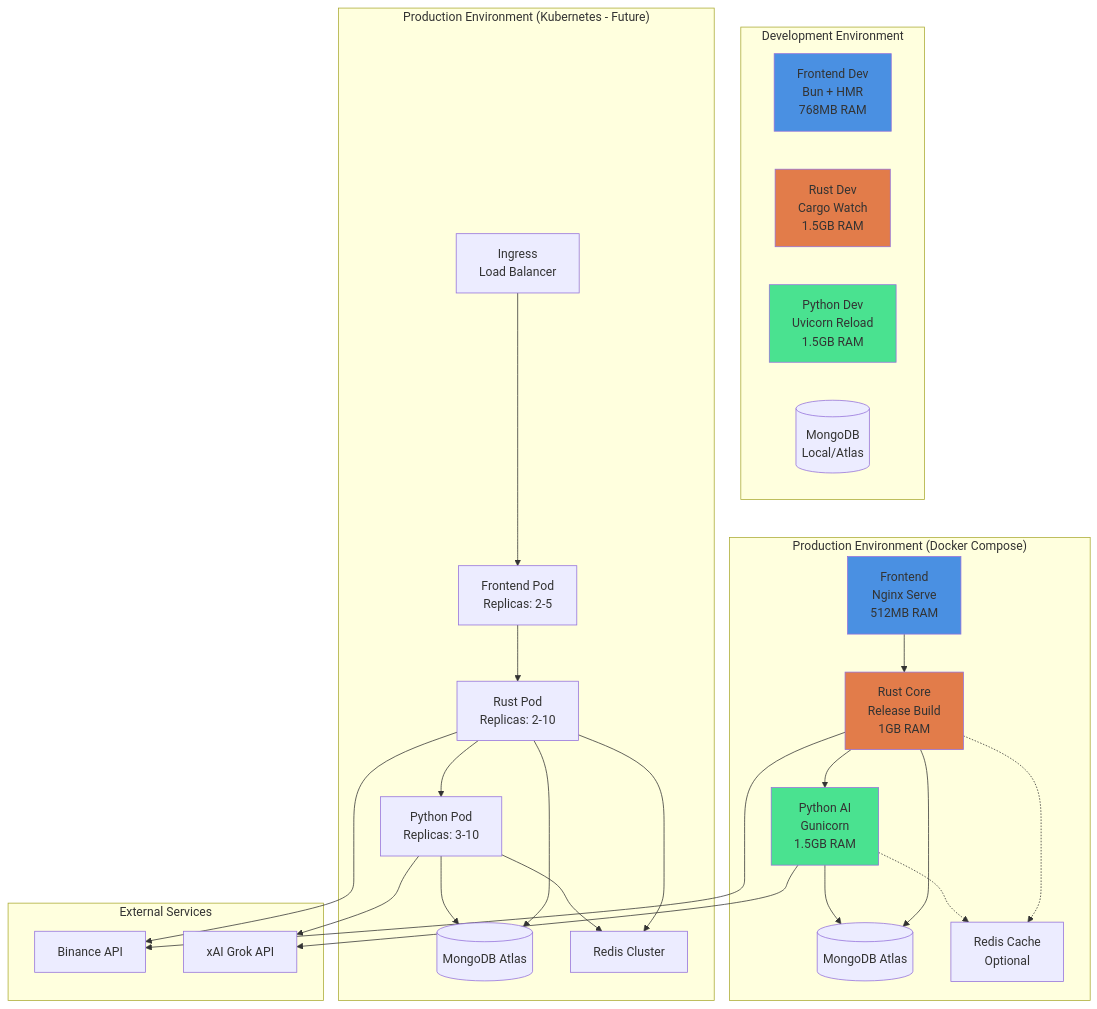
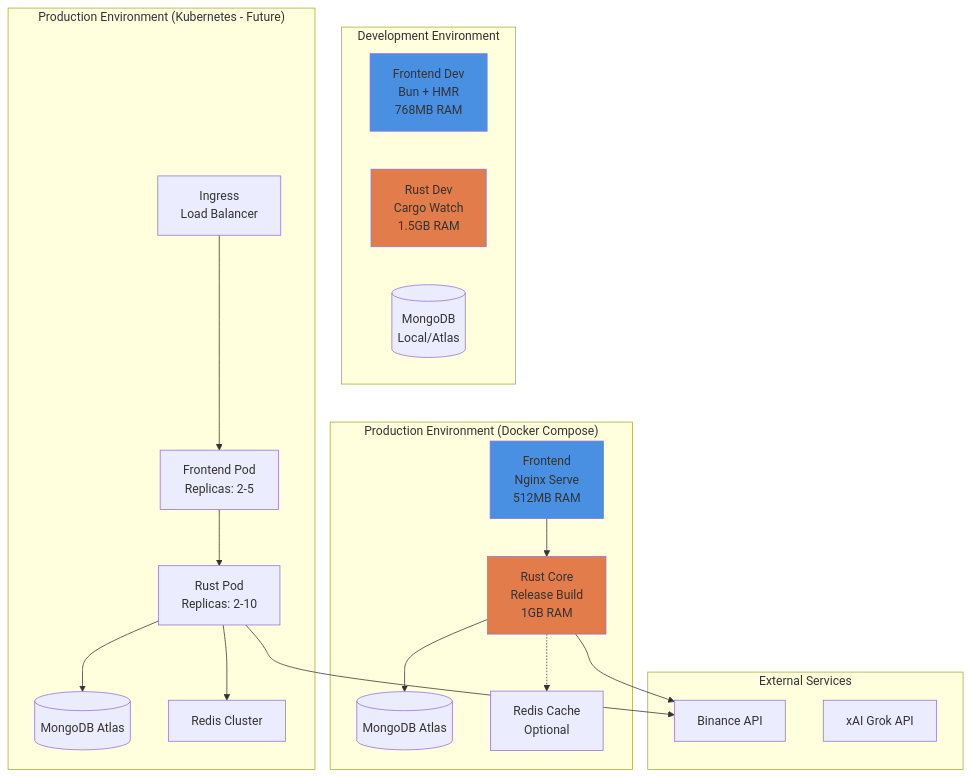
Before and after one commit to magic-ai-trading-bot/bot-core: the fourth of 4 diagrams in specifications/02-design/2.1-architecture/ARCH-OVERVIEW.md, drawn with Mermaid. The commit also changed other lines of this file and 92 other files, not shown here.

````diff
--- a/specifications/02-design/2.1-architecture/ARCH-OVERVIEW.md
+++ b/specifications/02-design/2.1-architecture/ARCH-OVERVIEW.md
@@ -644,58 +562,45 @@
 ```mermaid
 graph TB
     subgraph "Development Environment"
         DEV_FE[Frontend Dev<br/>Bun + HMR<br/>768MB RAM]
         DEV_RUST[Rust Dev<br/>Cargo Watch<br/>1.5GB RAM]
-        DEV_PY[Python Dev<br/>Uvicorn Reload<br/>1.5GB RAM]
         DEV_DB[(MongoDB<br/>Local/Atlas)]
     end
 
     subgraph "Production Environment (Docker Compose)"
         PROD_FE[Frontend<br/>Nginx Serve<br/>512MB RAM]
         PROD_RUST[Rust Core<br/>Release Build<br/>1GB RAM]
-        PROD_PY[Python AI<br/>Gunicorn<br/>1.5GB RAM]
         PROD_DB[(MongoDB Atlas)]
         PROD_REDIS[Redis Cache<br/>Optional]
     end
 
     subgraph "Production Environment (Kubernetes - Future)"
         K8S_INGRESS[Ingress<br/>Load Balancer]
         K8S_FE[Frontend Pod<br/>Replicas: 2-5]
         K8S_RUST[Rust Pod<br/>Replicas: 2-10]
-        K8S_PY[Python Pod<br/>Replicas: 3-10]
         K8S_DB[(MongoDB Atlas)]
         K8S_REDIS[Redis Cluster]
     end
 
     subgraph "External Services"
         EXT_BINANCE[Binance API]
         EXT_GROK[xAI Grok API]
     end
 
     PROD_FE --> PROD_RUST
-    PROD_RUST --> PROD_PY
     PROD_RUST --> PROD_DB
-    PROD_PY --> PROD_DB
     PROD_RUST -.-> PROD_REDIS
-    PROD_PY -.-> PROD_REDIS
 
     K8S_INGRESS --> K8S_FE
     K8S_FE --> K8S_RUST
-    K8S_RUST --> K8S_PY
     K8S_RUST --> K8S_DB
-    K8S_PY --> K8S_DB
     K8S_RUST --> K8S_REDIS
-    K8S_PY --> K8S_REDIS
 
     PROD_RUST --> EXT_BINANCE
-    PROD_PY --> EXT_GROK
     K8S_RUST --> EXT_BINANCE
-    K8S_PY --> EXT_GROK
 
     style DEV_FE fill:#4A90E2
     style DEV_RUST fill:#E27C4A
-    style DEV_PY fill:#4AE290
     style PROD_FE fill:#4A90E2
     style PROD_RUST fill:#E27C4A
-    style PROD_PY fill:#4AE290
 ```
````
